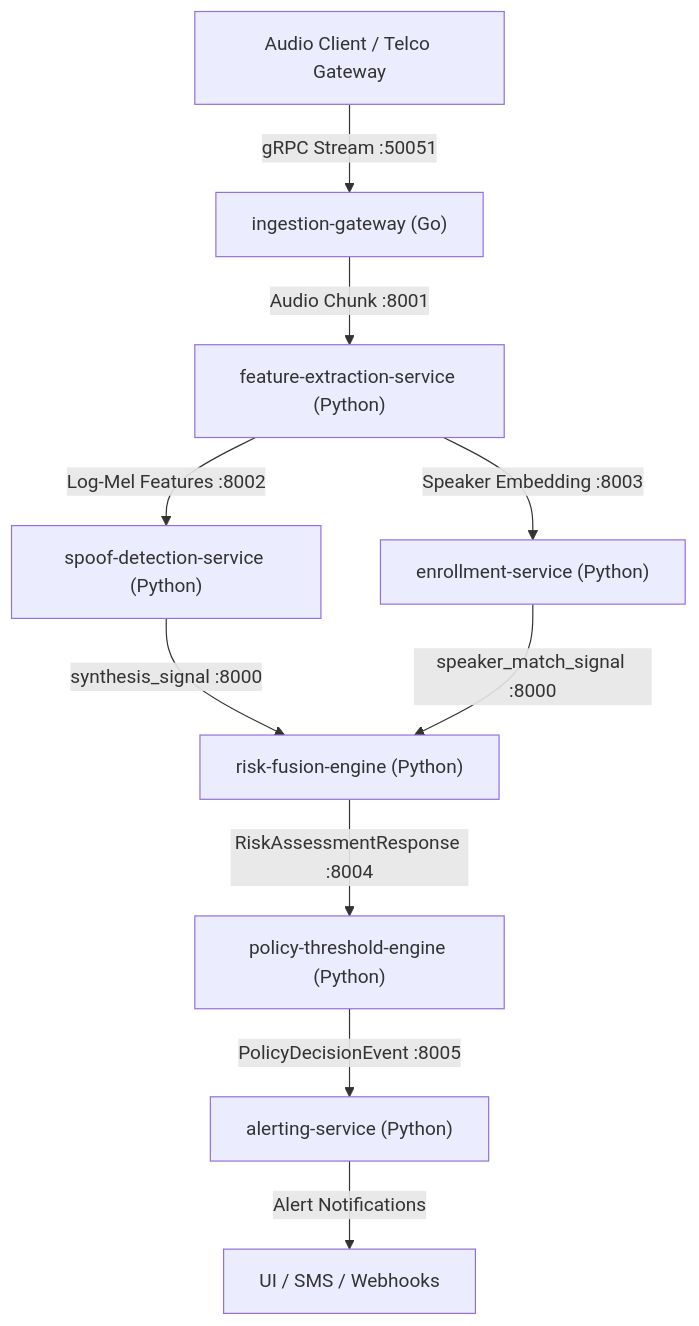
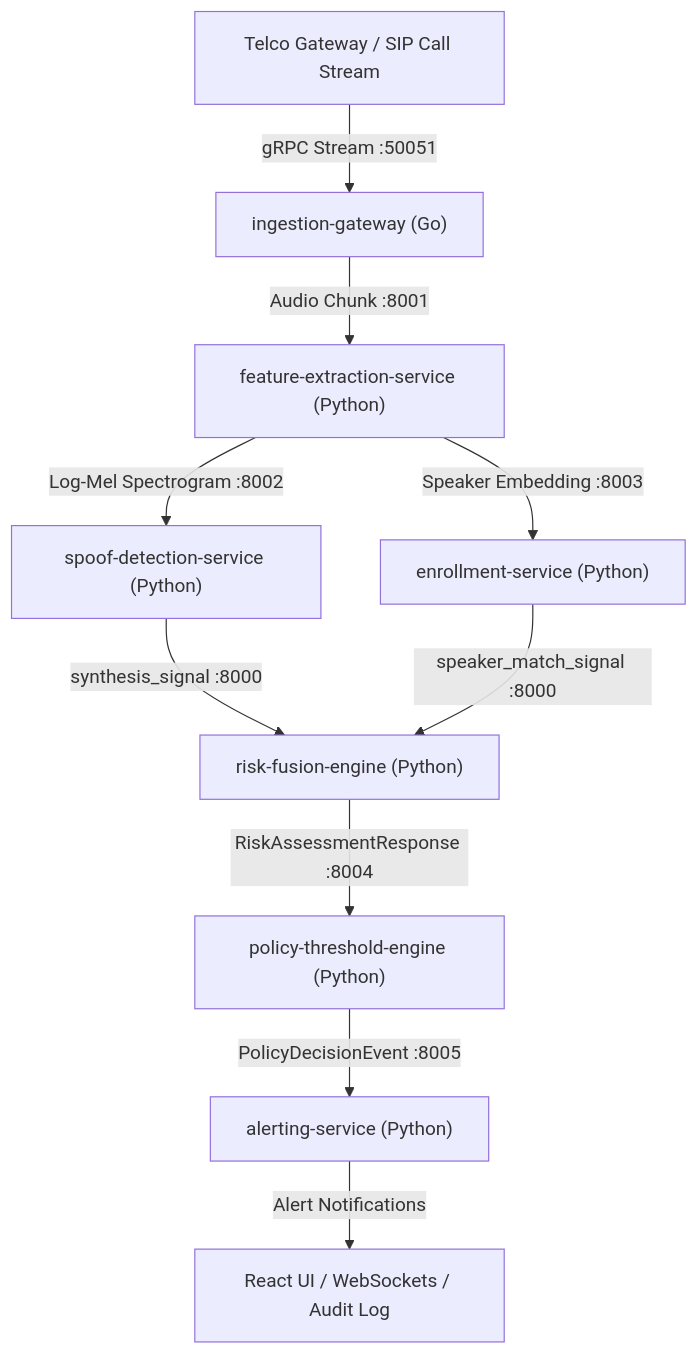
One commit to ayushrathore1/PrimeVector---SIH changed the diagram in README.md. Above: the diagram before and after it, drawn with Mermaid. The commit also changed other lines of this file, not shown here.

Commit message:
docs: update README with zero-API privacy architecture, open-source model suite, and technical specifications

````diff
--- a/README.md
+++ b/README.md
@@ -24,12 +63,12 @@
 ```mermaid
 graph TD
-    A["Audio Client / Telco Gateway"] -->|gRPC Stream :50051| B["ingestion-gateway (Go)"]
+    A["Telco Gateway / SIP Call Stream"] -->|gRPC Stream :50051| B["ingestion-gateway (Go)"]
     B -->|Audio Chunk :8001| C["feature-extraction-service (Python)"]
-    C -->|Log-Mel Features :8002| D["spoof-detection-service (Python)"]
+    C -->|Log-Mel Spectrogram :8002| D["spoof-detection-service (Python)"]
     C -->|Speaker Embedding :8003| E["enrollment-service (Python)"]
     D -->|synthesis_signal :8000| F["risk-fusion-engine (Python)"]
     E -->|speaker_match_signal :8000| F
     F -->|RiskAssessmentResponse :8004| G["policy-threshold-engine (Python)"]
     G -->|PolicyDecisionEvent :8005| H["alerting-service (Python)"]
-    H -->|Alert Notifications| I["UI / SMS / Webhooks"]
+    H -->|Alert Notifications| I["React UI / WebSockets / Audit Log"]
 ```
````
